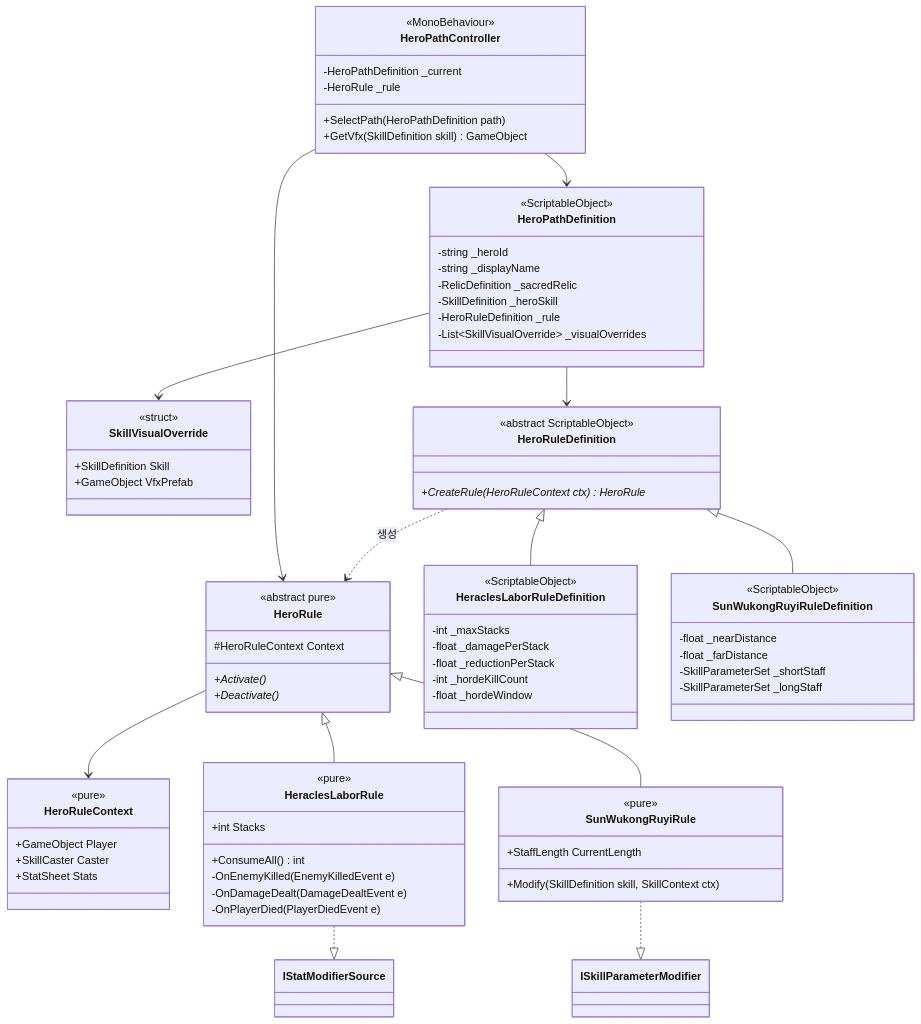
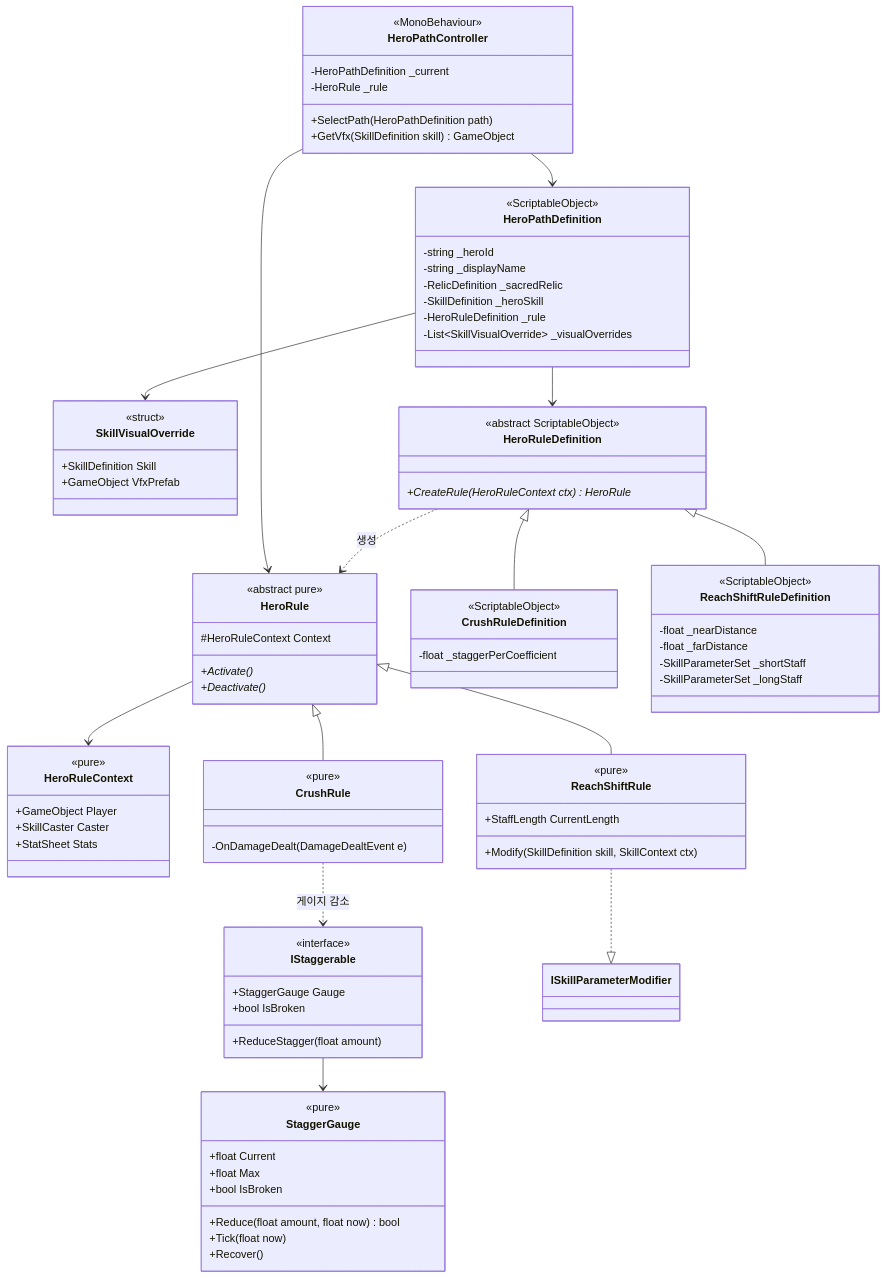
The eighth of 17 diagrams in Docs/ClassDiagram.md (lwy0810/BROKEN-SOVEREIGN), drawn with Mermaid before and after one commit. The commit also changed other lines of this file, not shown here.

Commit message:
[Docs] 클래스 다이어그램 영웅 규칙을 메커니즘 이름으로 갱신
- HeraclesLaborRule → CrushRule, SunWukongRuyiRule → ReachShiftRule
- IStaggerable·StaggerGauge 추가, EnemyStaggeredEvent로 과업 알림 대체
- 분쇄 일격 ExecuteStrikeBehaviour, 흐름도·테스트 표 갱신

Claude-Session: https://claude.ai/code/session_01NvXiojHXFUbrZVBDAnoZza

````diff
--- a/Docs/ClassDiagram.md
+++ b/Docs/ClassDiagram.md
@@ -829,30 +829,37 @@
         +SelectPath(HeroPathDefinition path)
         +GetVfx(SkillDefinition skill) GameObject
     }
-    class HeraclesLaborRuleDefinition {
+    class CrushRuleDefinition {
         <<ScriptableObject>>
-        -int _maxStacks
-        -float _damagePerStack
-        -float _reductionPerStack
-        -int _hordeKillCount
-        -float _hordeWindow
+        -float _staggerPerCoefficient
     }
-    class HeraclesLaborRule {
+    class CrushRule {
         <<pure>>
-        +int Stacks
-        +ConsumeAll() int
-        -OnEnemyKilled(EnemyKilledEvent e)
         -OnDamageDealt(DamageDealtEvent e)
-        -OnPlayerDied(PlayerDiedEvent e)
     }
-    class SunWukongRuyiRuleDefinition {
+    class IStaggerable {
+        <<interface>>
+        +StaggerGauge Gauge
+        +ReduceStagger(float amount)
+        +bool IsBroken
+    }
+    class StaggerGauge {
+        <<pure>>
+        +float Current
+        +float Max
+        +bool IsBroken
+        +Reduce(float amount, float now) bool
+        +Tick(float now)
+        +Recover()
+    }
+    class ReachShiftRuleDefinition {
         <<ScriptableObject>>
         -float _nearDistance
         -float _farDistance
         -SkillParameterSet _shortStaff
         -SkillParameterSet _longStaff
     }
-    class SunWukongRuyiRule {
+    class ReachShiftRule {
         <<pure>>
         +StaffLength CurrentLength
         +Modify(SkillDefinition skill, SkillContext ctx)
@@ -863,10 +870,11 @@
     HeroRule --> HeroRuleContext
     HeroPathController --> HeroPathDefinition
     HeroPathController --> HeroRule
-    HeroRuleDefinition <|-- HeraclesLaborRuleDefinition
-    HeroRuleDefinition <|-- SunWukongRuyiRuleDefinition
-    HeroRule <|-- HeraclesLaborRule
-    HeroRule <|-- SunWukongRuyiRule
-    SunWukongRuyiRule ..|> ISkillParameterModifier
-    HeraclesLaborRule ..|> IStatModifierSource
+    HeroRuleDefinition <|-- CrushRuleDefinition
+    HeroRuleDefinition <|-- ReachShiftRuleDefinition
+    HeroRule <|-- CrushRule
+    HeroRule <|-- ReachShiftRule
+    ReachShiftRule ..|> ISkillParameterModifier
+    CrushRule ..> IStaggerable : 게이지 감소
+    IStaggerable --> StaggerGauge
 ```
````
